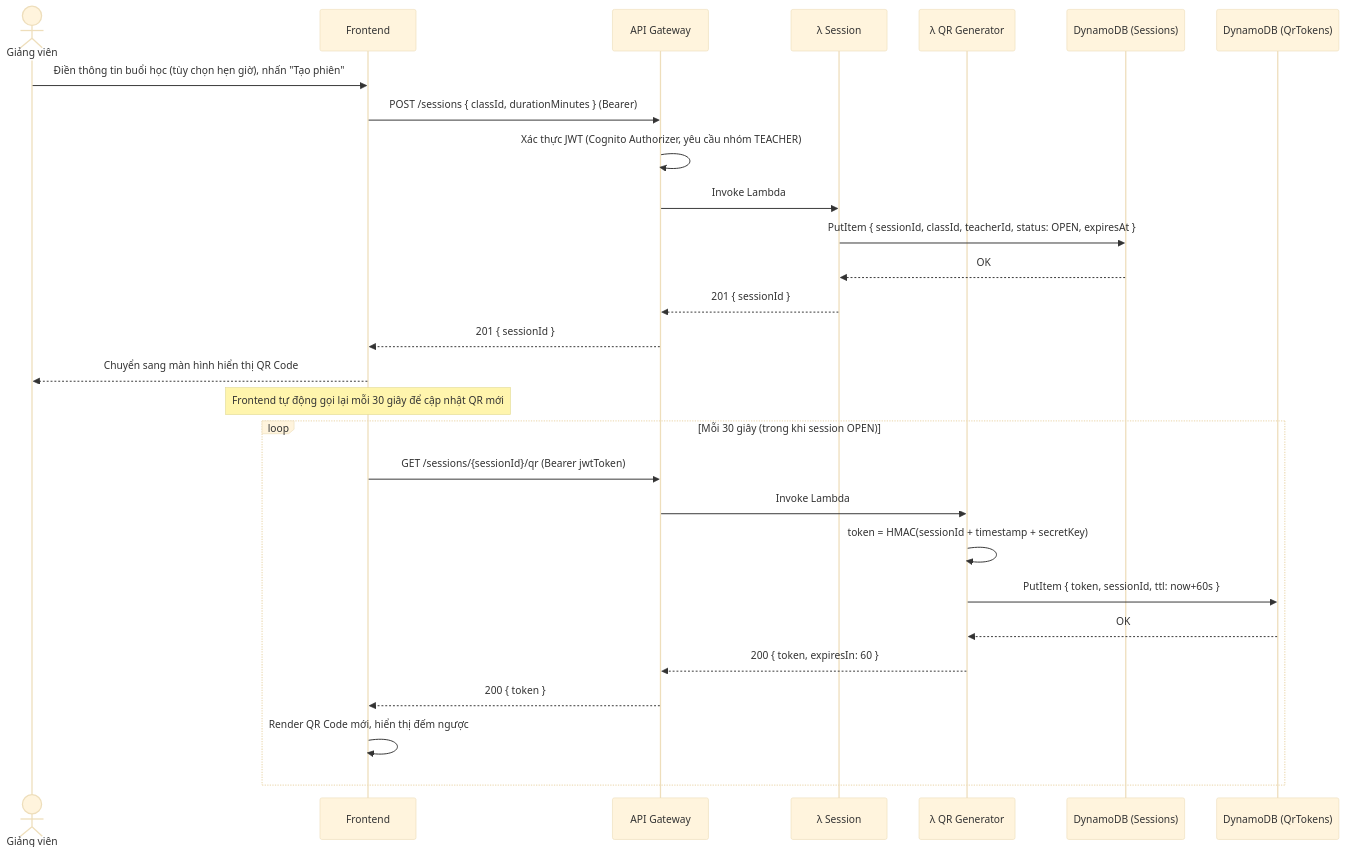
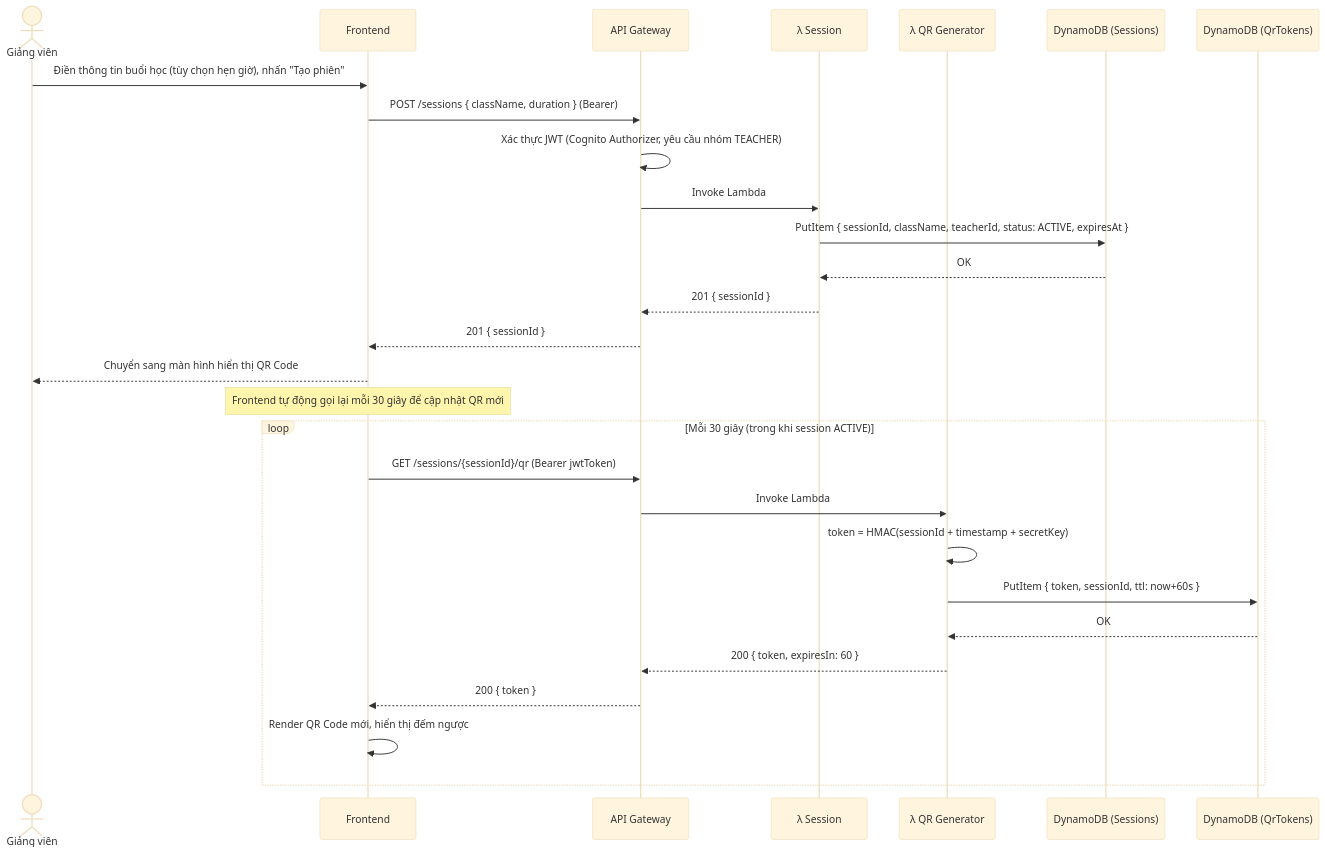
One commit to kentdoan/qr-attendance changed the sixth of 9 diagrams in docs/SRS.md. Above: the diagram before and after it, drawn with Mermaid (base theme). The commit also changed other lines of this file and 1 other file, not shown here.

````diff
--- a/docs/SRS.md
+++ b/docs/SRS.md
@@ -195,32 +195,32 @@
 ```mermaid
 sequenceDiagram
     actor GV as Giảng viên
     participant FE as Frontend
     participant APIGW as API Gateway
     participant Session as λ Session
     participant QRGen as λ QR Generator
     participant SessionDB as DynamoDB (Sessions)
     participant TokenDB as DynamoDB (QrTokens)
 
     GV->>FE: Điền thông tin buổi học (tùy chọn hẹn giờ), nhấn "Tạo phiên"
-    FE->>APIGW: POST /sessions { classId, durationMinutes } (Bearer)
+    FE->>APIGW: POST /sessions { className, duration } (Bearer)
     APIGW->>APIGW: Xác thực JWT (Cognito Authorizer, yêu cầu nhóm TEACHER)
     APIGW->>Session: Invoke Lambda
-    Session->>SessionDB: PutItem { sessionId, classId, teacherId, status: OPEN, expiresAt }
+    Session->>SessionDB: PutItem { sessionId, className, teacherId, status: ACTIVE, expiresAt }
     SessionDB-->>Session: OK
     Session-->>APIGW: 201 { sessionId }
     APIGW-->>FE: 201 { sessionId }
     FE-->>GV: Chuyển sang màn hình hiển thị QR Code
 
     Note over FE: Frontend tự động gọi lại mỗi 30 giây để cập nhật QR mới
-    loop Mỗi 30 giây (trong khi session OPEN)
+    loop Mỗi 30 giây (trong khi session ACTIVE)
         FE->>APIGW: GET /sessions/{sessionId}/qr (Bearer jwtToken)
         APIGW->>QRGen: Invoke Lambda
         QRGen->>QRGen: token = HMAC(sessionId + timestamp + secretKey)
         QRGen->>TokenDB: PutItem { token, sessionId, ttl: now+60s }
         TokenDB-->>QRGen: OK
         QRGen-->>APIGW: 200 { token, expiresIn: 60 }
         APIGW-->>FE: 200 { token }
         FE->>FE: Render QR Code mới, hiển thị đếm ngược
     end
 ```
````
